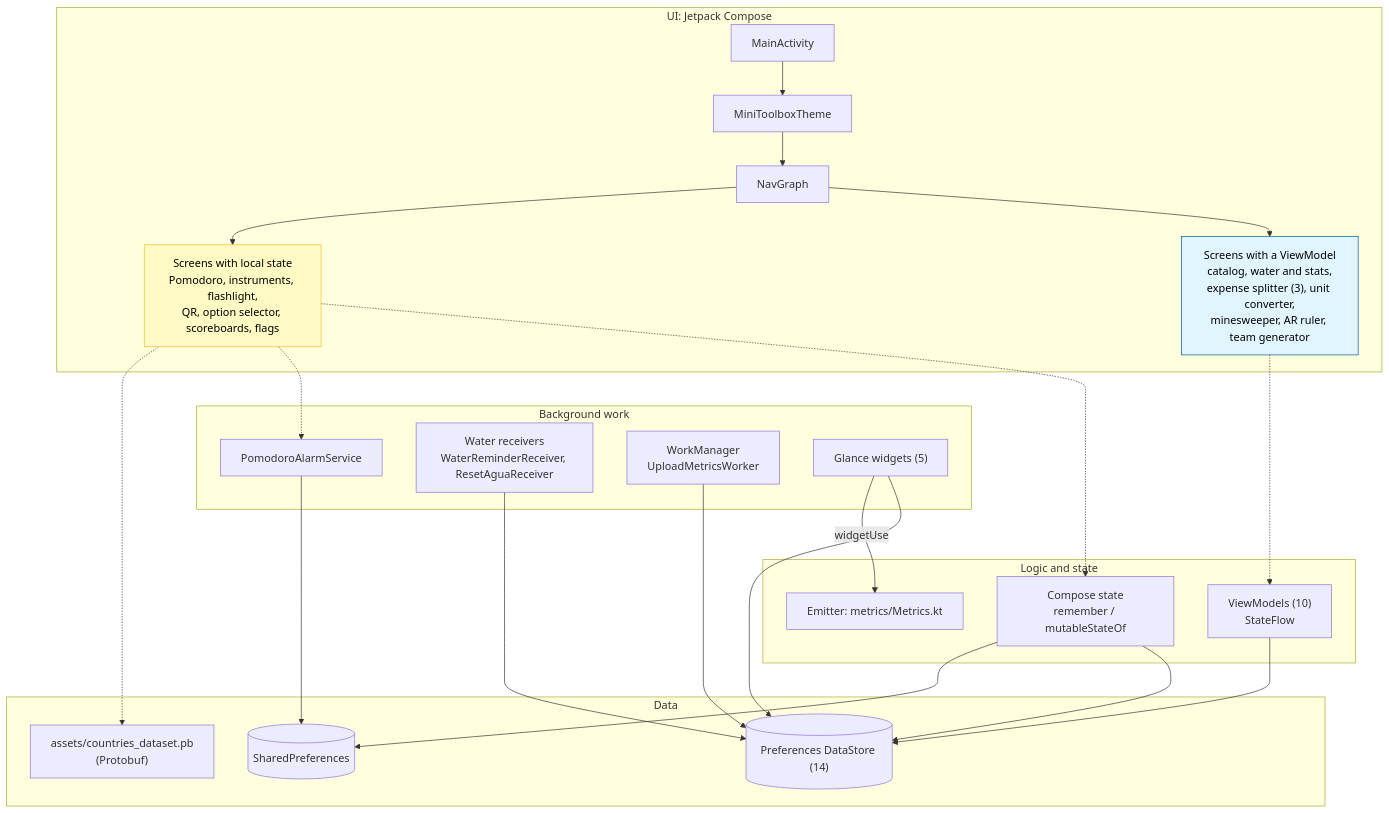
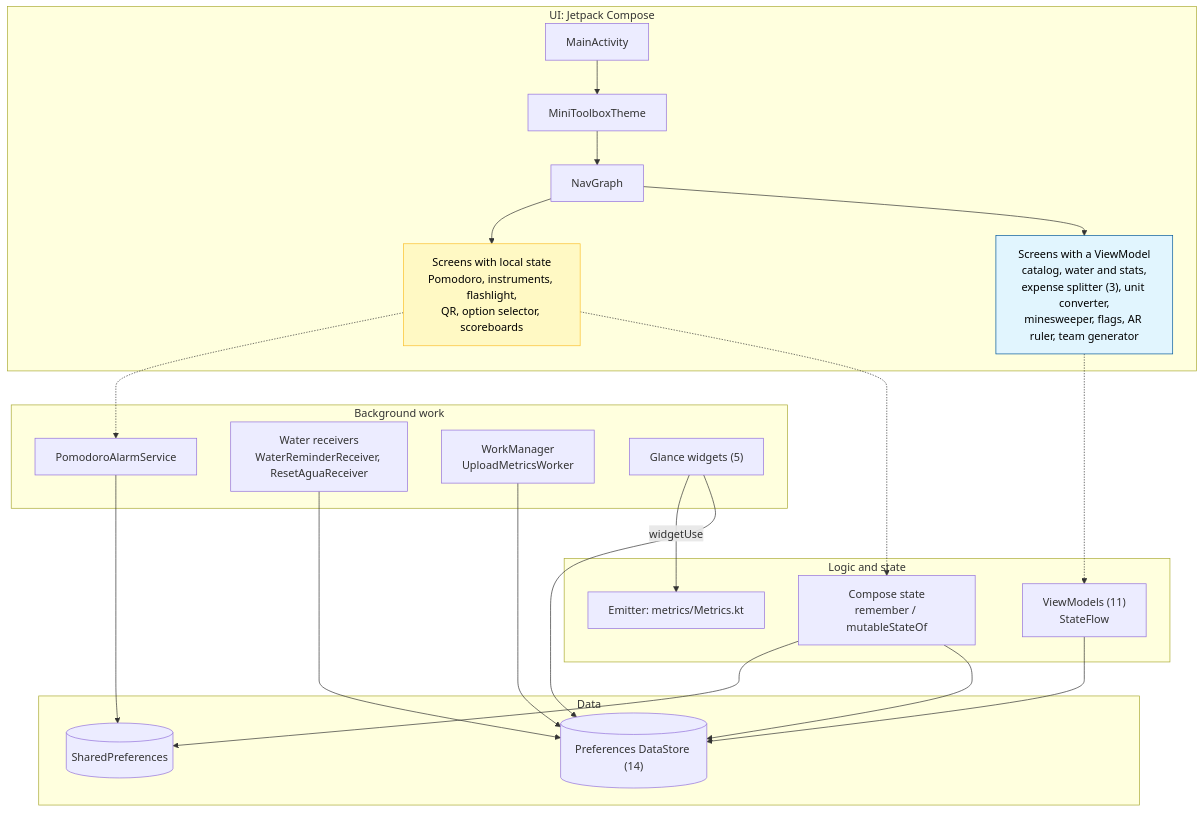
The first of 4 diagrams in docs/architecture.en.md (JoaquinSasso/MiniToolbox), drawn with Mermaid before and after one commit. The commit also changed other lines of this file and 42 other files, not shown here.

````diff
--- a/docs/architecture.en.md
+++ b/docs/architecture.en.md
@@ -22,43 +22,41 @@
 ```mermaid
 flowchart TD
     subgraph UI [UI: Jetpack Compose]
         MA[MainActivity] --> MT[MiniToolboxTheme]
         MT --> NG[NavGraph]
-        NG --> VMS["Screens with a ViewModel<br/>catalog, water and stats,<br/>expense splitter (3), unit converter,<br/>minesweeper, AR ruler, team generator"]
-        NG --> LSS["Screens with local state<br/>Pomodoro, instruments, flashlight,<br/>QR, option selector, scoreboards, flags"]
+        NG --> VMS["Screens with a ViewModel<br/>catalog, water and stats,<br/>expense splitter (3), unit converter,<br/>minesweeper, flags, AR ruler, team generator"]
+        NG --> LSS["Screens with local state<br/>Pomodoro, instruments, flashlight,<br/>QR, option selector, scoreboards"]
         style VMS fill:#e1f5fe,stroke:#01579b,color:#000
         style LSS fill:#fff9c4,stroke:#fbc02d,color:#000
     end
 
     subgraph Logic [Logic and state]
-        VM["ViewModels (10)<br/>StateFlow"]
+        VM["ViewModels (11)<br/>StateFlow"]
         CS["Compose state<br/>remember / mutableStateOf"]
         MET["Emitter: metrics/Metrics.kt"]
     end
 
     subgraph Background [Background work]
         PAS[PomodoroAlarmService]
         AR["Water receivers<br/>WaterReminderReceiver, ResetAguaReceiver"]
         WM["WorkManager<br/>UploadMetricsWorker"]
         GW["Glance widgets (5)"]
     end
 
     subgraph Data [Data]
         DS[("Preferences DataStore (14)")]
         SP[("SharedPreferences")]
-        PB["assets/countries_dataset.pb<br/>(Protobuf)"]
     end
 
     VMS -.-> VM
     LSS -.-> CS
     VM --> DS
     CS --> DS
     CS --> SP
     LSS -.-> PAS
     PAS --> SP
     AR --> DS
     WM --> DS
     GW --> DS
-    LSS -.-> PB
     GW -->|widgetUse| MET
 ```
````
